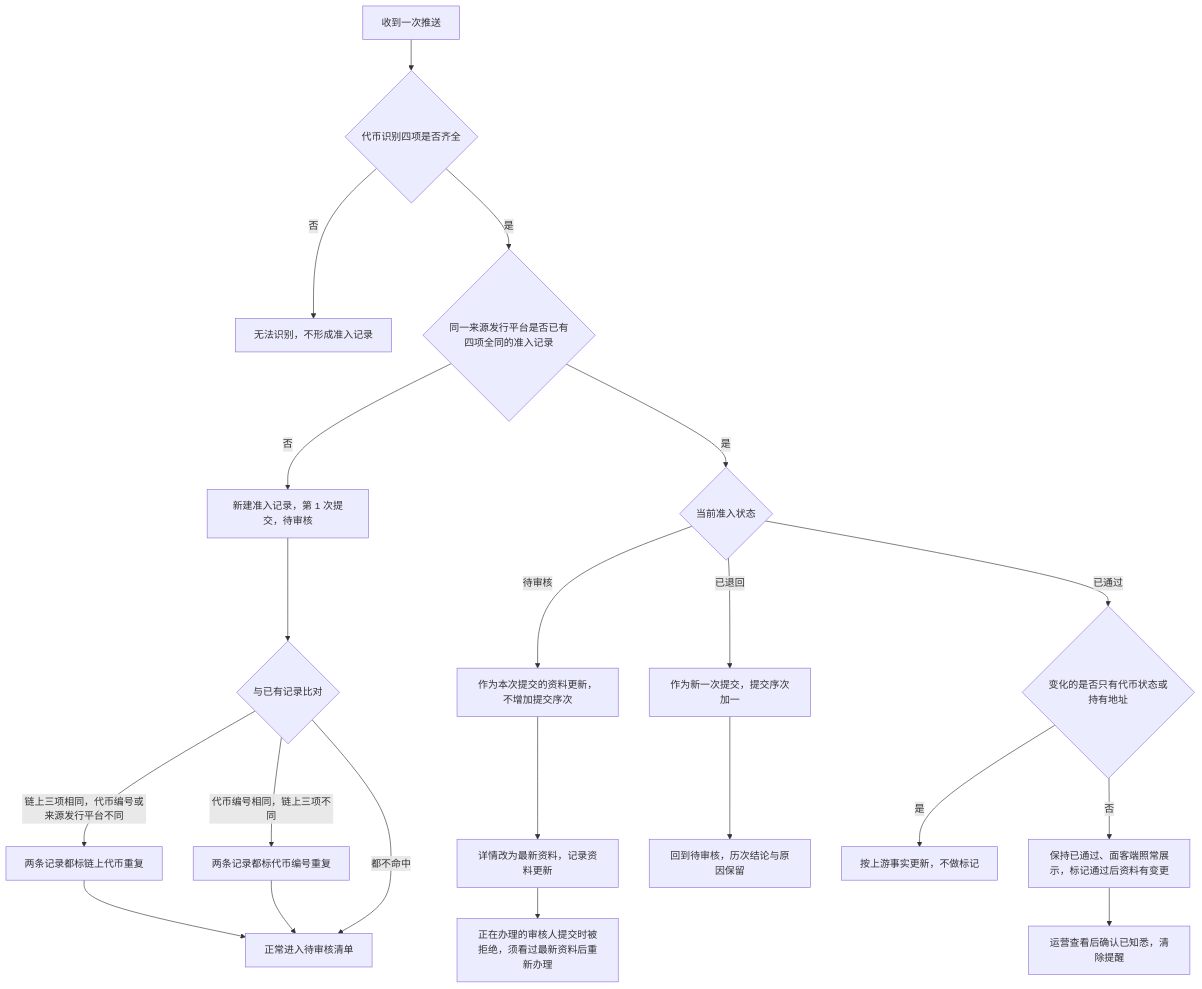
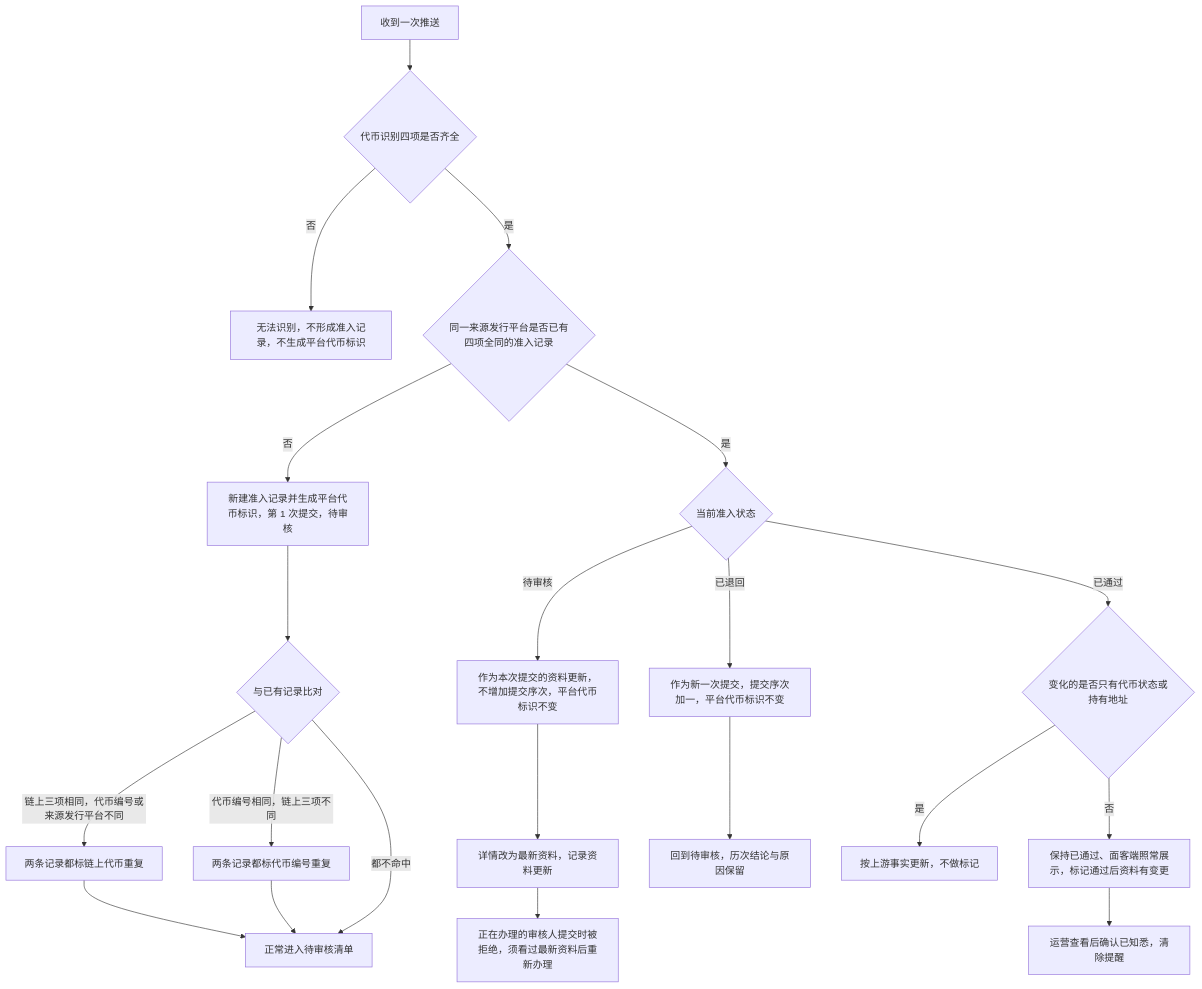
Before and after one commit to wxblockchain/Chain-Financing: the second of 3 diagrams in lending-platform/PRD/运营端/06-代币准入审核/02-代币准入审核-流程图与状态机.md, drawn with Mermaid. The commit also changed other lines of this file and 4 other files, not shown here.

````diff
--- a/lending-platform/PRD/运营端/06-代币准入审核/02-代币准入审核-流程图与状态机.md
+++ b/lending-platform/PRD/运营端/06-代币准入审核/02-代币准入审核-流程图与状态机.md
@@ -44,23 +44,23 @@
 ```mermaid
 flowchart TD
     A[收到一次推送] --> A1{代币识别四项是否齐全}
-    A1 -->|否| A2[无法识别，不形成准入记录]
+    A1 -->|否| A2[无法识别，不形成准入记录，不生成平台代币标识]
     A1 -->|是| B{同一来源发行平台是否已有四项全同的准入记录}
-    B -->|否| C[新建准入记录，第 1 次提交，待审核]
+    B -->|否| C[新建准入记录并生成平台代币标识，第 1 次提交，待审核]
     C --> D{与已有记录比对}
     D -->|链上三项相同，代币编号或来源发行平台不同| E[两条记录都标链上代币重复]
     D -->|代币编号相同，链上三项不同| E2[两条记录都标代币编号重复]
     D -->|都不命中| F[正常进入待审核清单]
     E --> F
     E2 --> F
     B -->|是| G{当前准入状态}
-    G -->|待审核| H[作为本次提交的资料更新，不增加提交序次]
+    G -->|待审核| H[作为本次提交的资料更新，不增加提交序次，平台代币标识不变]
     H --> I[详情改为最新资料，记录资料更新]
     I --> J[正在办理的审核人提交时被拒绝，须看过最新资料后重新办理]
-    G -->|已退回| K[作为新一次提交，提交序次加一]
+    G -->|已退回| K[作为新一次提交，提交序次加一，平台代币标识不变]
     K --> L[回到待审核，历次结论与原因保留]
     G -->|已通过| M{变化的是否只有代币状态或持有地址}
     M -->|是| N[按上游事实更新，不做标记]
     M -->|否| O[保持已通过、面客端照常展示，标记通过后资料有变更]
     O --> P[运营查看后确认已知悉，清除提醒]
 ```
````
